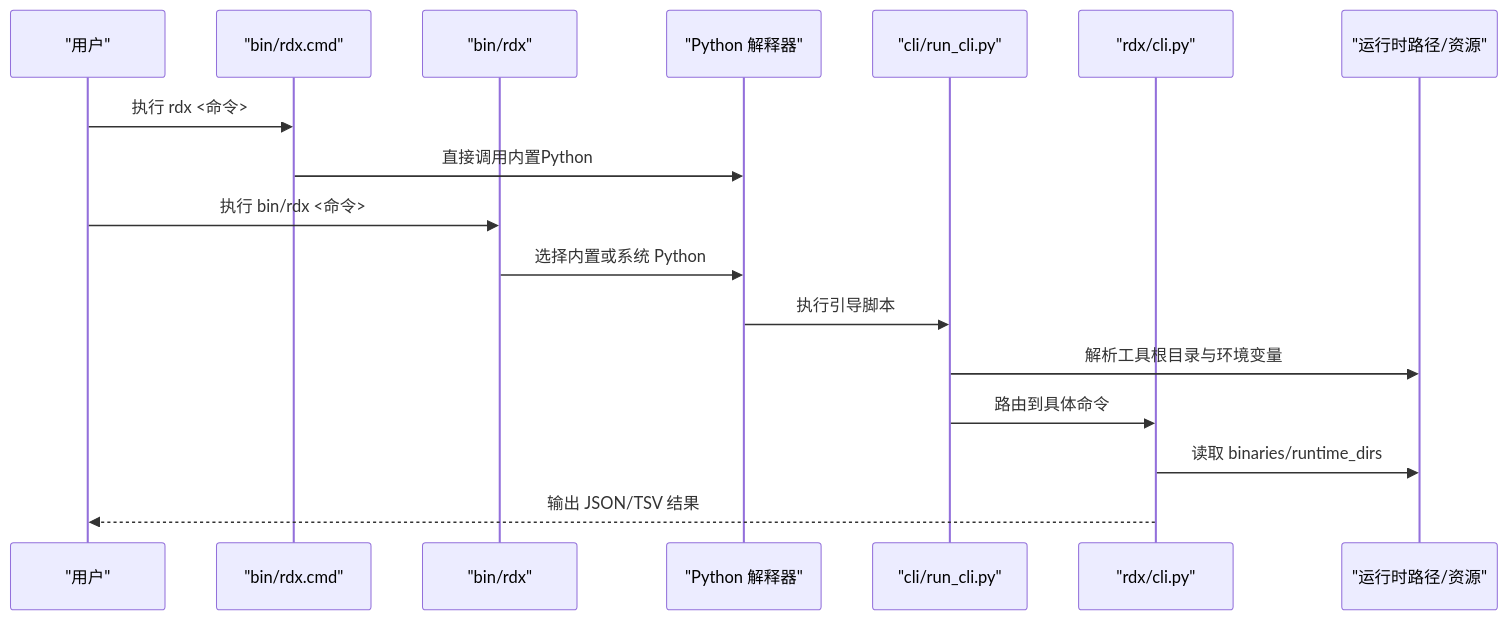
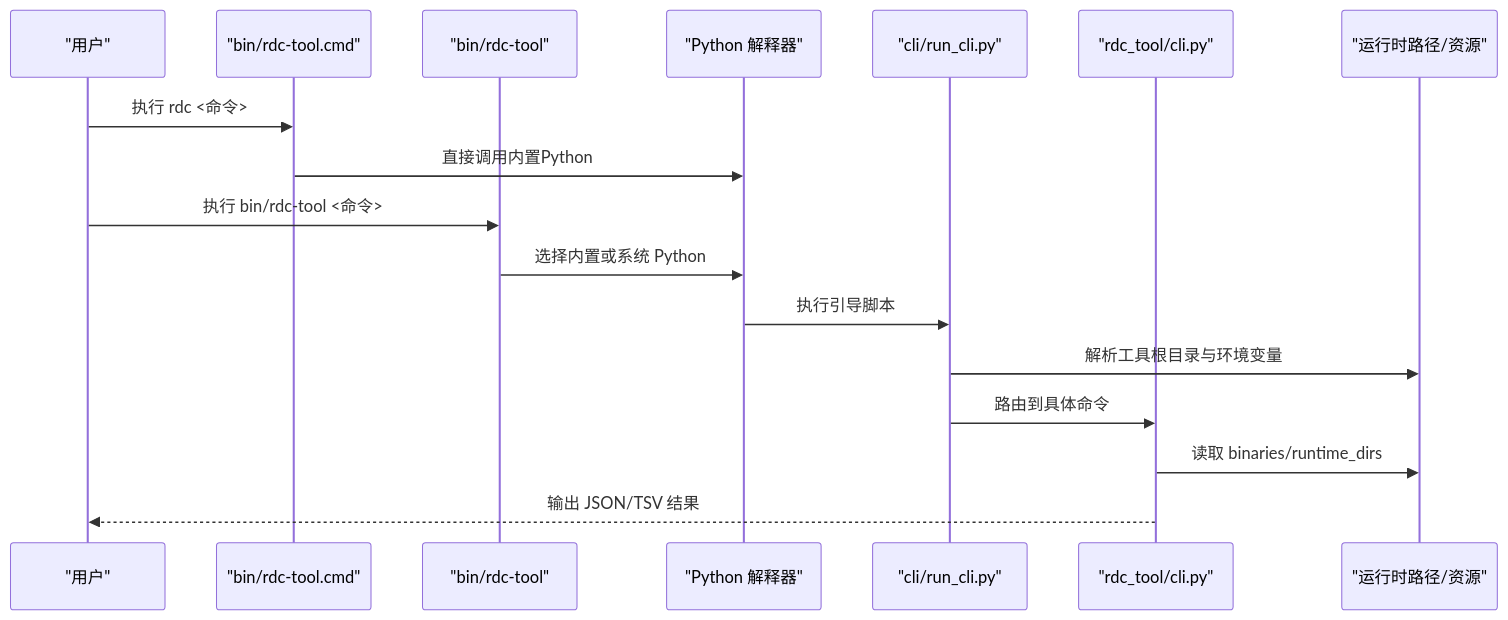
The second of 3 diagrams in .qoder/repowiki/zh/content/快速开始.md (haolange/RDC-Tool), drawn with Mermaid before and after one commit. The commit also changed other lines of this file and 388 other files, not shown here.

First line of the commit message:
Release RDC-Tool identity and public maintenance surface

````diff
--- a/.qoder/repowiki/zh/content/快速开始.md
+++ b/.qoder/repowiki/zh/content/快速开始.md
@@ -110,19 +110,19 @@
 ```mermaid
 sequenceDiagram
 participant U as "用户"
-participant CMD as "bin/rdx.cmd"
-participant BIN as "bin/rdx"
+participant CMD as "bin/rdc-tool.cmd"
+participant BIN as "bin/rdc-tool"
 participant PY as "Python 解释器"
 participant BOOT as "cli/run_cli.py"
-participant CLI as "rdx/cli.py"
+participant CLI as "rdc_tool/cli.py"
 participant RT as "运行时路径/资源"
-U->>CMD : 执行 rdx <命令>
+U->>CMD : 执行 rdc <命令>
 CMD->>PY : 直接调用内置Python
-U->>BIN : 执行 bin/rdx <命令>
+U->>BIN : 执行 bin/rdc-tool <命令>
 BIN->>PY : 选择内置或系统 Python
 PY->>BOOT : 执行引导脚本
 BOOT->>RT : 解析工具根目录与环境变量
 BOOT->>CLI : 路由到具体命令
 CLI->>RT : 读取 binaries/runtime_dirs
 CLI-->>U : 输出 JSON/TSV 结果
 ```
````
